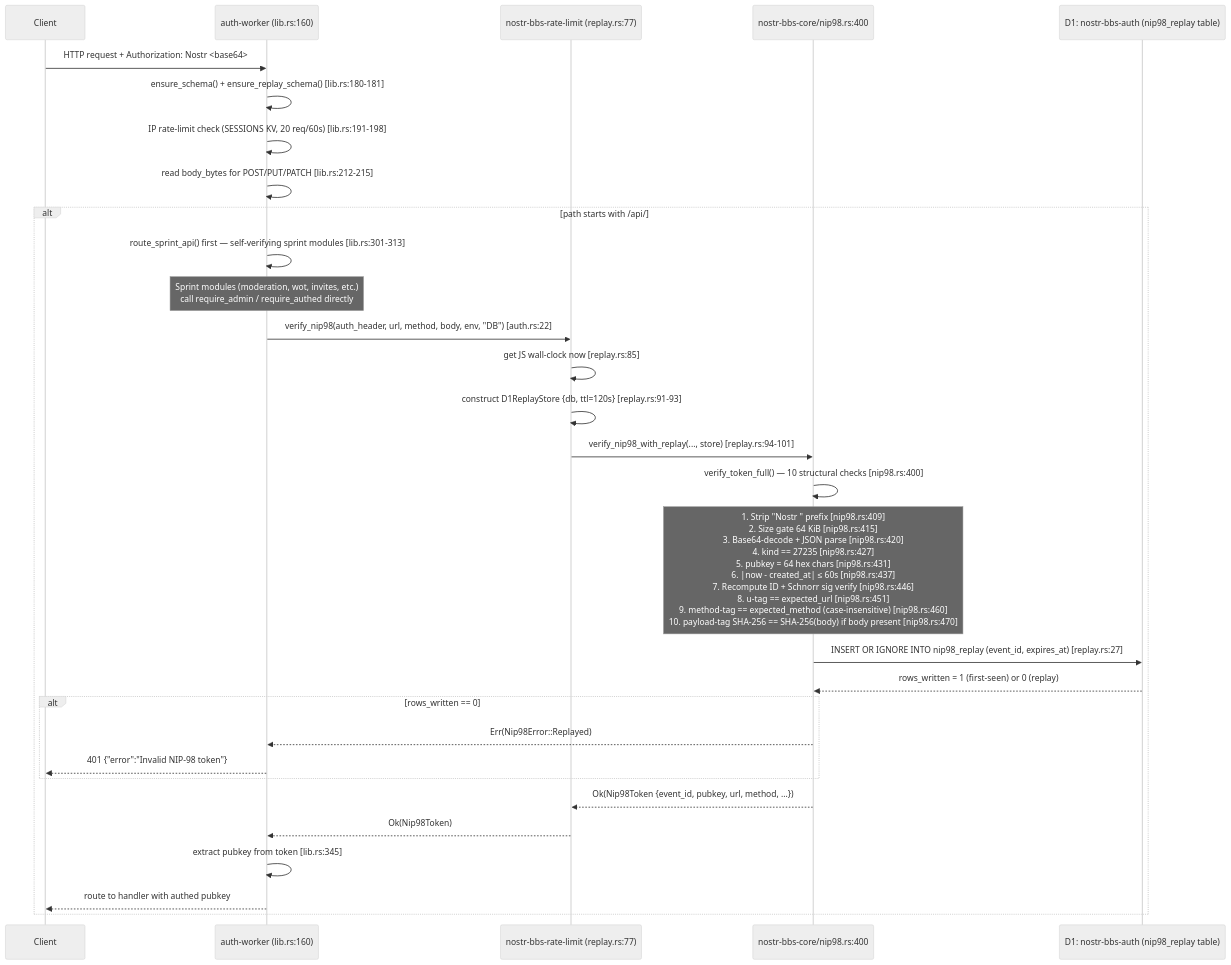
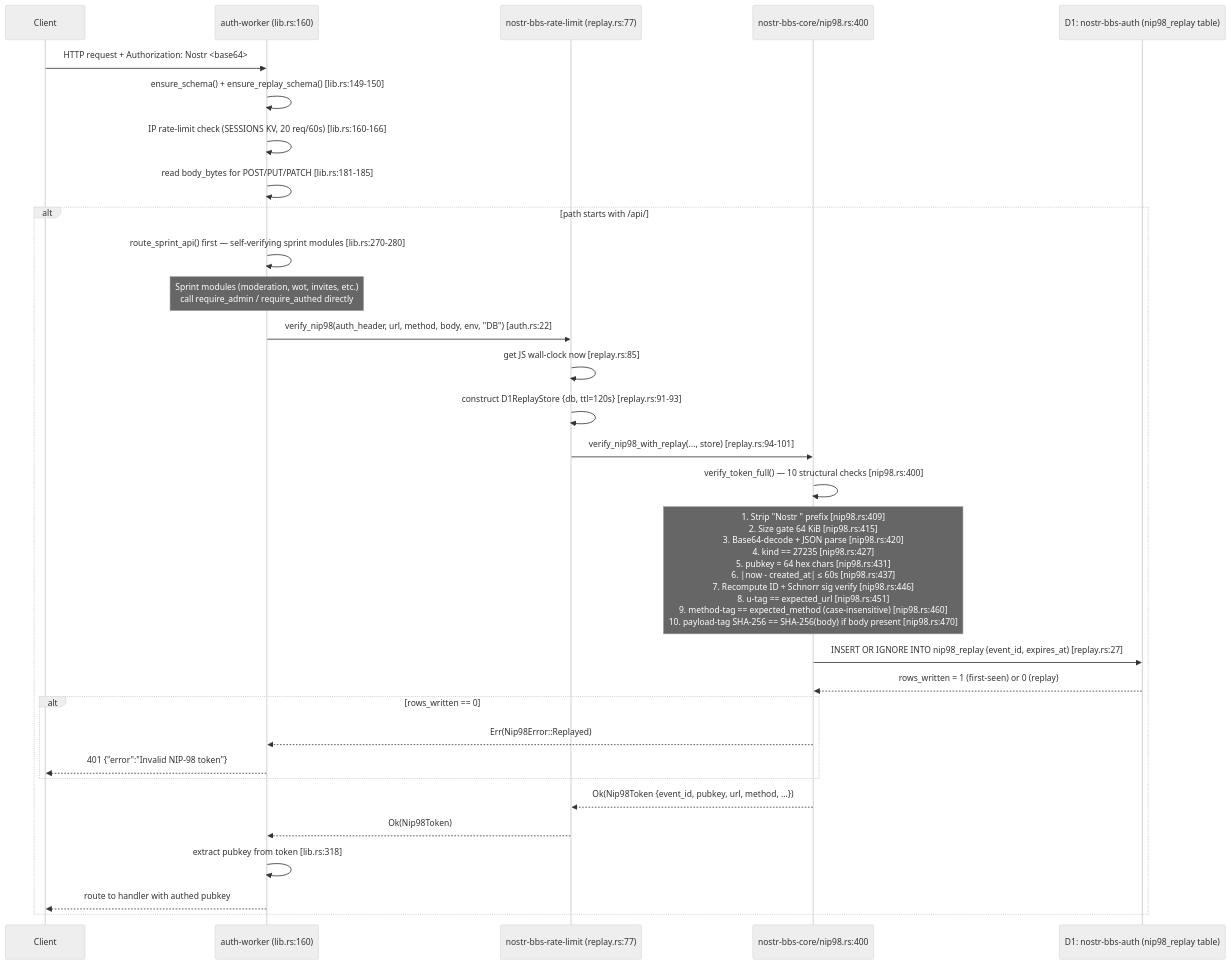
The first of 7 diagrams in docs/diagrams/auth-governance-flows.md (DreamLab-AI/nostr-rust-forum), drawn with Mermaid (neutral theme) before and after one commit. The commit also changed other lines of this file and 5 other files, not shown here.

First line of the commit message:
docs(diagrams): verify mermaid diagrams against code; refresh drifted anchors and label known gaps

````diff
--- a/docs/diagrams/auth-governance-flows.md
+++ b/docs/diagrams/auth-governance-flows.md
@@ -22,34 +22,34 @@
 ```mermaid
 sequenceDiagram
     participant C as Client
     participant W as auth-worker (lib.rs:160)
     participant RL as nostr-bbs-rate-limit (replay.rs:77)
     participant CORE as nostr-bbs-core/nip98.rs:400
     participant D1R as D1: nostr-bbs-auth (nip98_replay table)
 
     C->>W: HTTP request + Authorization: Nostr <base64>
-    W->>W: ensure_schema() + ensure_replay_schema() [lib.rs:180-181]
-    W->>W: IP rate-limit check (SESSIONS KV, 20 req/60s) [lib.rs:191-198]
-    W->>W: read body_bytes for POST/PUT/PATCH [lib.rs:212-215]
+    W->>W: ensure_schema() + ensure_replay_schema() [lib.rs:149-150]
+    W->>W: IP rate-limit check (SESSIONS KV, 20 req/60s) [lib.rs:160-166]
+    W->>W: read body_bytes for POST/PUT/PATCH [lib.rs:181-185]
 
     alt path starts with /api/
-        W->>W: route_sprint_api() first — self-verifying sprint modules [lib.rs:301-313]
+        W->>W: route_sprint_api() first — self-verifying sprint modules [lib.rs:270-280]
         Note over W: Sprint modules (moderation, wot, invites, etc.)<br/>call require_admin / require_authed directly
         W->>RL: verify_nip98(auth_header, url, method, body, env, "DB") [auth.rs:22]
         RL->>RL: get JS wall-clock now [replay.rs:85]
         RL->>RL: construct D1ReplayStore {db, ttl=120s} [replay.rs:91-93]
         RL->>CORE: verify_nip98_with_replay(..., store) [replay.rs:94-101]
         CORE->>CORE: verify_token_full() — 10 structural checks [nip98.rs:400]
         Note over CORE: 1. Strip "Nostr " prefix [nip98.rs:409]<br/>2. Size gate 64 KiB [nip98.rs:415]<br/>3. Base64-decode + JSON parse [nip98.rs:420]<br/>4. kind == 27235 [nip98.rs:427]<br/>5. pubkey = 64 hex chars [nip98.rs:431]<br/>6. |now - created_at| ≤ 60s [nip98.rs:437]<br/>7. Recompute ID + Schnorr sig verify [nip98.rs:446]<br/>8. u-tag == expected_url [nip98.rs:451]<br/>9. method-tag == expected_method (case-insensitive) [nip98.rs:460]<br/>10. payload-tag SHA-256 == SHA-256(body) if body present [nip98.rs:470]
         CORE->>D1R: INSERT OR IGNORE INTO nip98_replay (event_id, expires_at) [replay.rs:27]
         D1R-->>CORE: rows_written = 1 (first-seen) or 0 (replay)
         alt rows_written == 0
             CORE-->>W: Err(Nip98Error::Replayed)
             W-->>C: 401 {"error":"Invalid NIP-98 token"}
         end
         CORE-->>RL: Ok(Nip98Token {event_id, pubkey, url, method, ...})
         RL-->>W: Ok(Nip98Token)
-        W->>W: extract pubkey from token [lib.rs:345]
+        W->>W: extract pubkey from token [lib.rs:318]
         W-->>C: route to handler with authed pubkey
     end
 ```
````
